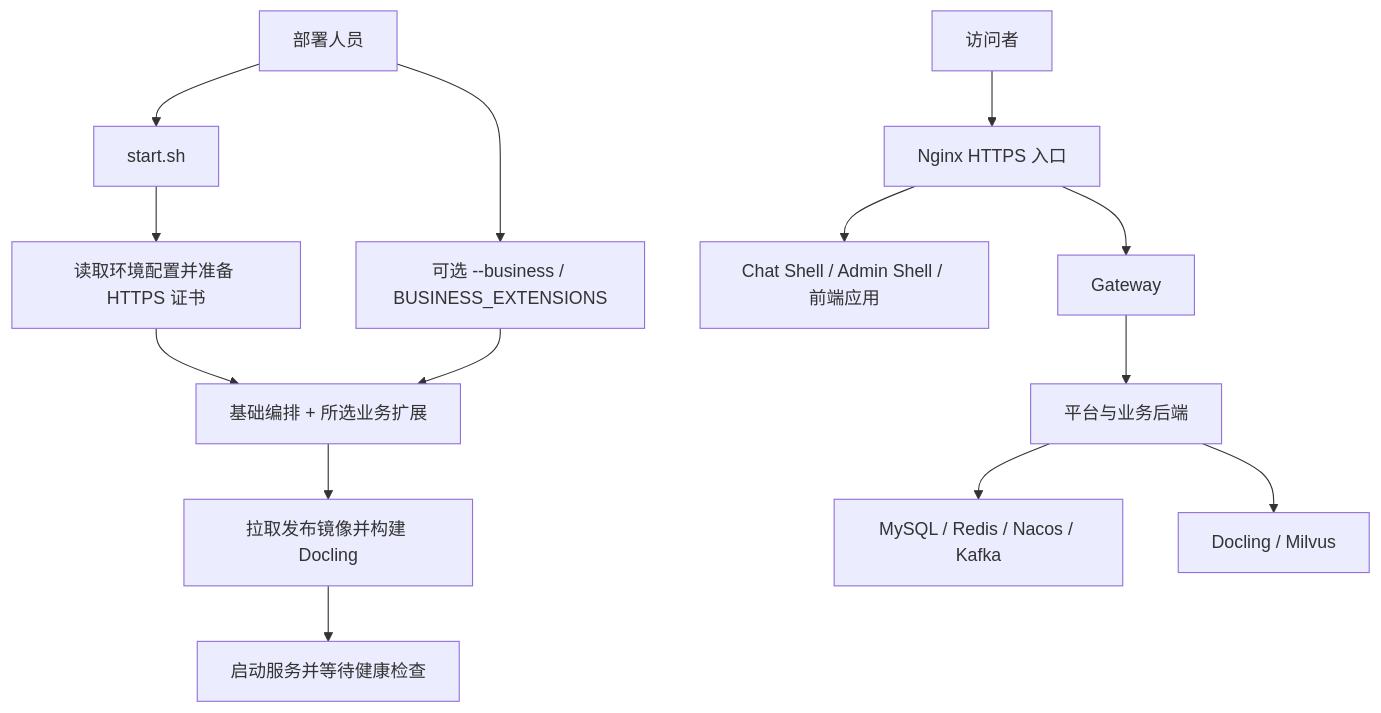
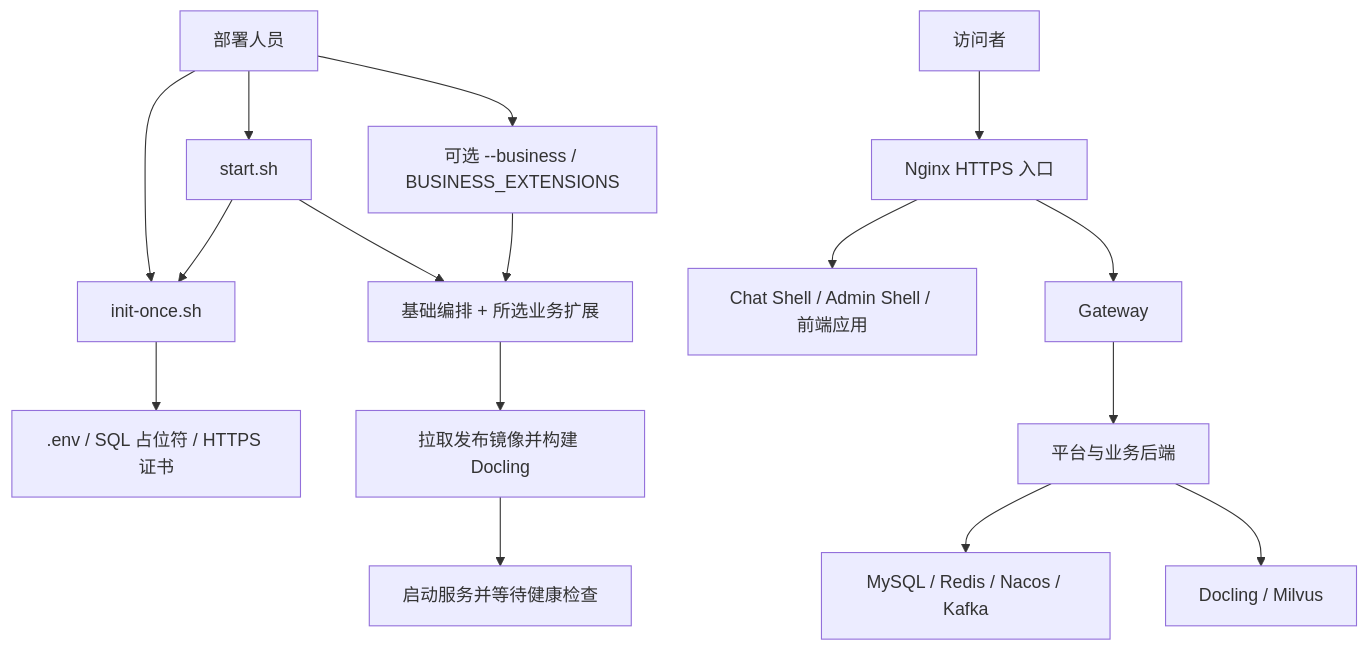
The diagram in README.md (g2rain/g2rain-bootstrap), drawn with Mermaid before and after one commit. The commit also changed other lines of this file and 16 other files, not shown here.

````diff
--- a/README.md
+++ b/README.md
@@ -191,16 +192,18 @@
 ```mermaid
 flowchart TD
-  O[部署人员] --> S[start.sh]
-  S --> E[读取环境配置并准备 HTTPS 证书]
-  E --> C[基础编排 + 所选业务扩展]
+  O[部署人员] --> I0[init-once.sh]
+  I0 --> E[.env / SQL 占位符 / HTTPS 证书]
+  O --> S[start.sh]
+  S --> I0
+  S --> C[基础编排 + 所选业务扩展]
   C --> I[拉取发布镜像并构建 Docling]
   I --> H[启动服务并等待健康检查]
   O --> X[可选 --business / BUSINESS_EXTENSIONS]
   X --> C
   V[访问者] --> N[Nginx HTTPS 入口]
   N --> A[Chat Shell / Admin Shell / 前端应用]
   N --> G[Gateway]
   G --> B[平台与业务后端]
   B --> K[MySQL / Redis / Nacos / Kafka]
   B --> D[Docling / Milvus]
 ```
````
